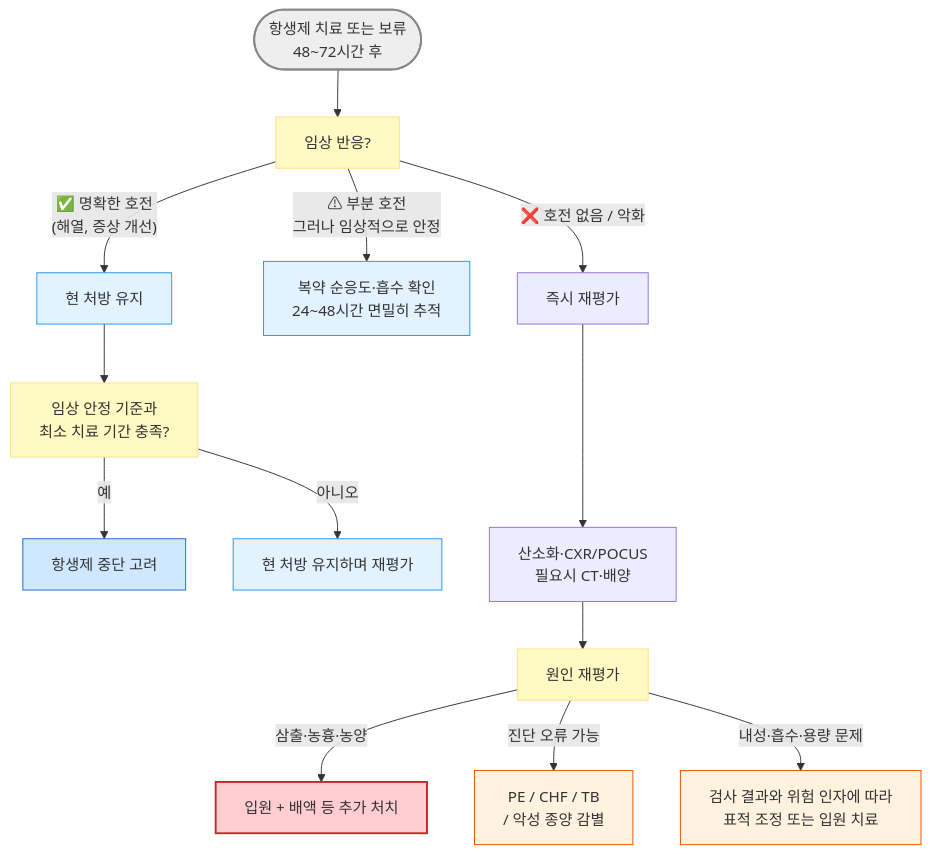
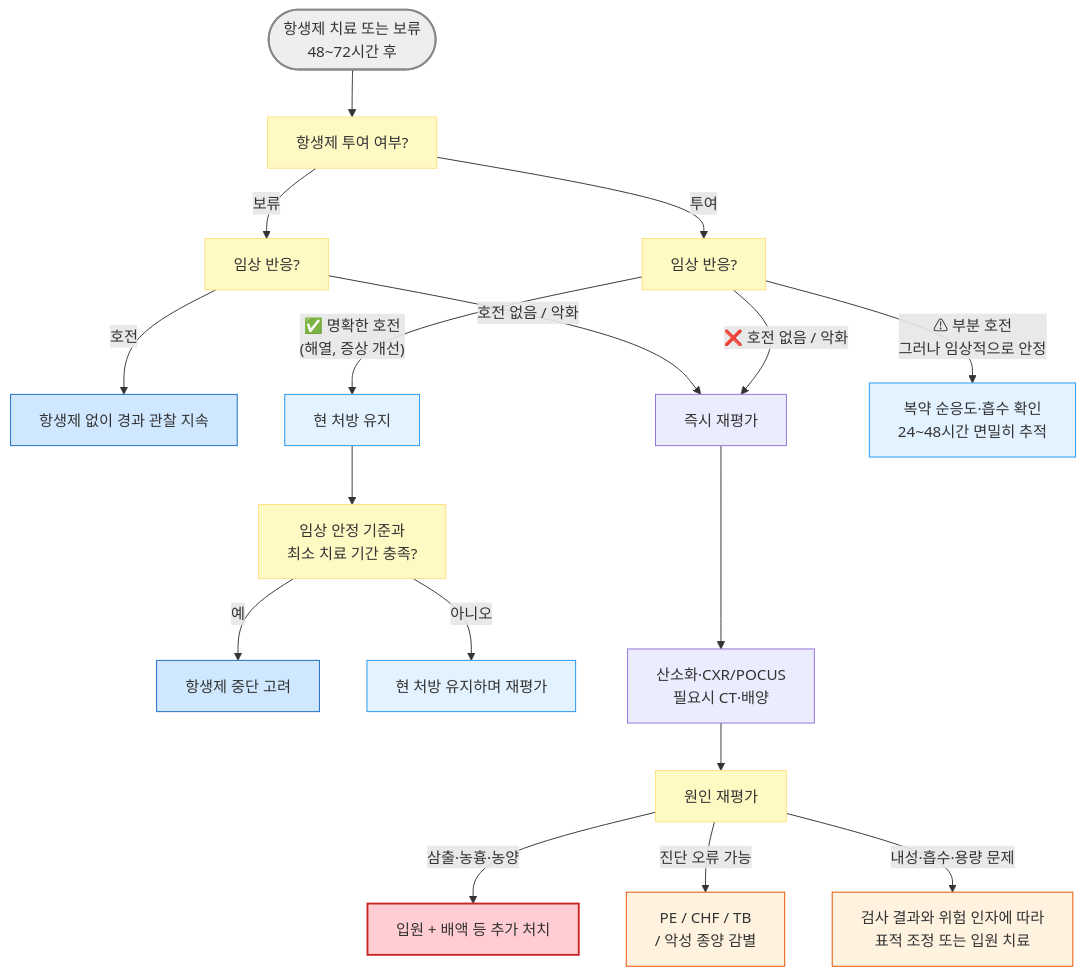
The second of 2 diagrams in 223_/068_-pneumonia.md (familyoh77/familyoh77), drawn with Mermaid before and after one commit. The commit also changed other lines of this file, not shown here.

````diff
--- a/223_/068_-pneumonia.md
+++ b/223_/068_-pneumonia.md
@@ -333,28 +334,33 @@
 ```mermaid
 flowchart TD
-    A(["항생제 치료 또는 보류<br/>48~72시간 후"]) --> B["임상 반응?"]
+    A(["항생제 치료 또는 보류<br/>48~72시간 후"]) --> P["항생제 투여 여부?"]
+    P -- "보류" --> Q["임상 반응?"]
+    Q -- "호전" --> R["항생제 없이 경과 관찰 지속"]
+    Q -- "호전 없음 / 악화" --> J
+    P -- "투여" --> B["임상 반응?"]
 
     B -- "✅ 명확한 호전<br/>(해열, 증상 개선)" --> C["현 처방 유지"]
     C --> D["임상 안정 기준과<br/>최소 치료 기간 충족?"]
     D -- "예" --> E["항생제 중단 고려"]
     D -- "아니오" --> F["현 처방 유지하며 재평가"]
 
     B -- "⚠ 부분 호전<br/>그러나 임상적으로 안정" --> G["복약 순응도·흡수 확인<br/>24~48시간 면밀히 추적"]
 
     B -- "❌ 호전 없음 / 악화" --> J["즉시 재평가"]
     J ---> K["산소화·CXR/POCUS<br/>필요시 CT·배양"]
     K --> L["원인 재평가"]
     L -- "삼출·농흉·농양" --> M["입원 + 배액 등 추가 처치"]
     L -- "진단 오류 가능" --> N["PE / CHF / TB<br/>/ 악성 종양 감별"]
     L -- "내성·흡수·용량 문제" --> O["검사 결과와 위험 인자에 따라<br/>표적 조정 또는 입원 치료"]
 style A fill:#eeeeee,stroke:#888888,stroke-width:2px
 classDef question fill:#fff9c4,stroke:#ffe082
-class B,D,L question
+class P,Q,B,D,L question
 classDef sky fill:#e3f2ff,stroke:#2196f3
 class C,F,G sky
 classDef orange50 fill:#fff3e0,stroke:#e65100
 class N,O orange50
     style E fill:#d0e8ff,stroke:#1a6abf
+    style R fill:#d0e8ff,stroke:#1a6abf
     style M fill:#ffcdd2,stroke:#c62828,stroke-width:2px
 
 ```
````
